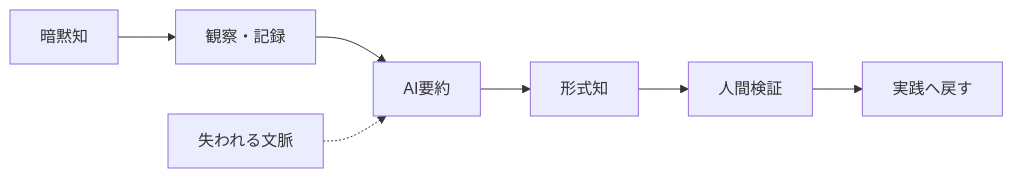
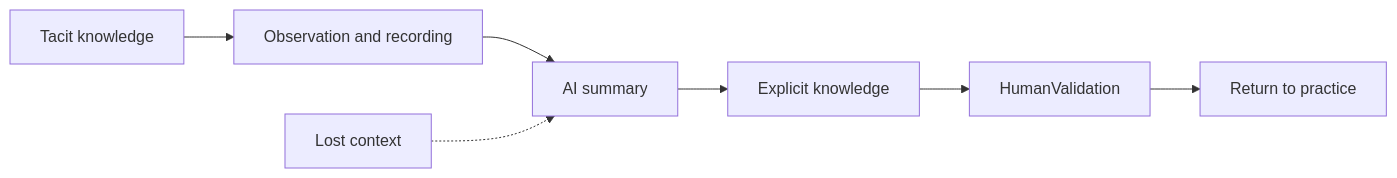
The first of 2 diagrams in content/blog/en/tacit-knowledge-ai-summarization.mdx (daylight55/research), drawn with Mermaid before and after one commit. The commit also changed other lines of this file and 26 other files, not shown here.

Commit message:
Translate English Mermaid labels

````diff
--- a/content/blog/en/tacit-knowledge-ai-summarization.mdx
+++ b/content/blog/en/tacit-knowledge-ai-summarization.mdx
@@ -29,9 +29,9 @@
 ```mermaid
 flowchart LR
-  A["暗黙知"] --> B["観察・記録"]
-  B --> C["AI要約"]
-  C --> D["形式知"]
-  D --> E["人間検証"]
-  E --> F["実践へ戻す"]
-  X["失われる文脈"] -.-> C
+  A["Tacit knowledge"] --> B["Observation and recording"]
+  B --> C["AI summary"]
+  C --> D["Explicit knowledge"]
+  D --> E["HumanValidation"]
+  E --> F["Return to practice"]
+  X["Lost context"] -.-> C
 ```
````
